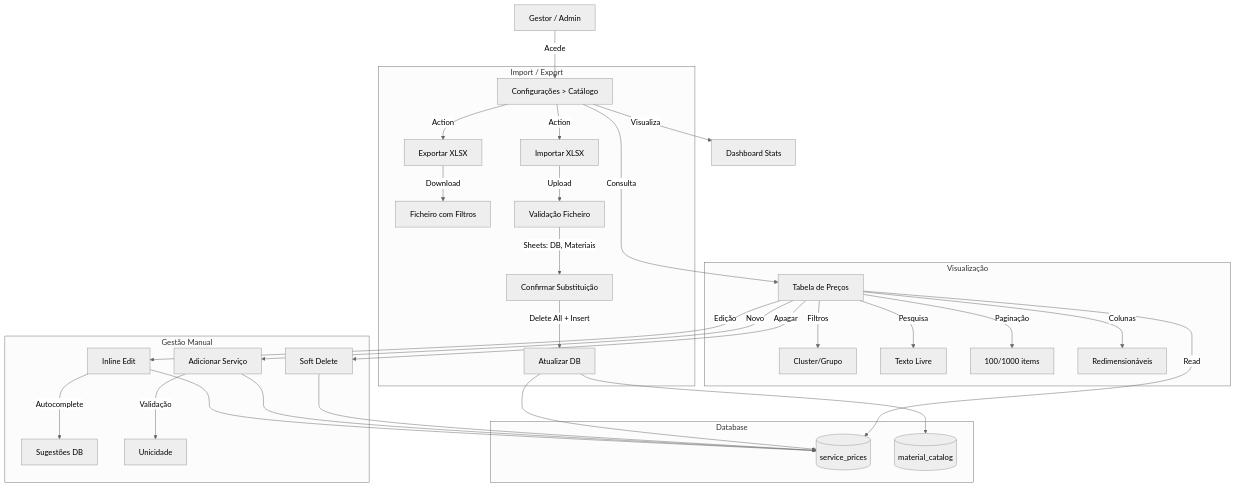
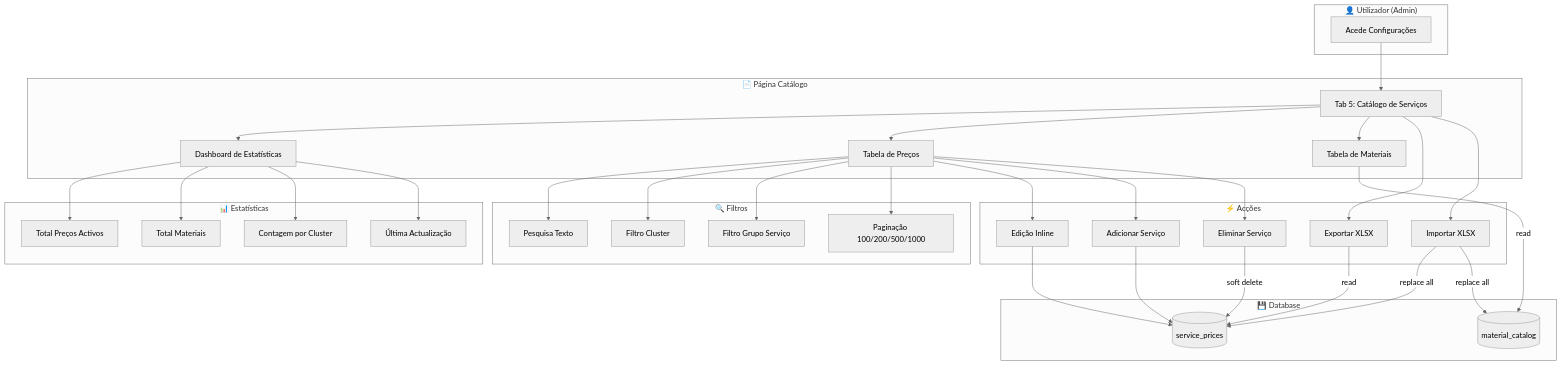
The second of 6 diagrams in docs/documentation/diagrams/flows/catalogo-servicos.md (hackkalot/crm-prestadores), drawn with Mermaid (neutral theme) before and after one commit. The commit also changed other lines of this file and 12 other files, not shown here.

````diff
--- a/docs/documentation/diagrams/flows/catalogo-servicos.md
+++ b/docs/documentation/diagrams/flows/catalogo-servicos.md
@@ -7,43 +83,48 @@
 ```mermaid
-graph TD
-    A[Gestor / Admin] -->|Acede| C[Configurações > Catálogo]
-    
-    C -->|Visualiza| D[Dashboard Stats]
-    C -->|Consulta| E[Tabela de Preços]
-    
-    subgraph "Visualização"
-        E -->|Filtros| E1[Cluster/Grupo]
-        E -->|Pesquisa| E2[Texto Livre]
-        E -->|Paginação| E3[100/1000 items]
-        E -->|Colunas| E4[Redimensionáveis]
+flowchart TD
+    subgraph user["👤 Utilizador (Admin)"]
+        U[Acede Configurações]
     end
-    
-    subgraph "Gestão Manual"
-        E -->|Edição| F[Inline Edit]
-        F -->|Autocomplete| F1[Sugestões DB]
-        E -->|Novo| G[Adicionar Serviço]
-        G -->|Validação| G1[Unicidade]
-        E -->|Apagar| H[Soft Delete]
+
+    subgraph page["📄 Página Catálogo"]
+        U --> TAB[Tab 5: Catálogo de Serviços]
+        TAB --> STATS[Dashboard de Estatísticas]
+        TAB --> PRICES[Tabela de Preços]
+        TAB --> MATERIALS[Tabela de Materiais]
     end
-    
-    subgraph "Import / Export"
-        C -->|Action| I[Exportar XLSX]
-        I -->|Download| J[Ficheiro com Filtros]
-        
-        C -->|Action| K[Importar XLSX]
-        K -->|Upload| L[Validação Ficheiro]
-        L -->|Sheets: DB, Materiais| M[Confirmar Substituição]
-        M -->|Delete All + Insert| N[Atualizar DB]
+
+    subgraph stats["📊 Estatísticas"]
+        STATS --> S1[Total Preços Activos]
+        STATS --> S2[Total Materiais]
+        STATS --> S3[Contagem por Cluster]
+        STATS --> S4[Última Actualização]
     end
-    
-    subgraph "Database"
+
+    subgraph filters["🔍 Filtros"]
+        PRICES --> F1[Pesquisa Texto]
+        PRICES --> F2[Filtro Cluster]
+        PRICES --> F3[Filtro Grupo Serviço]
+        PRICES --> F4[Paginação 100/200/500/1000]
+    end
+
+    subgraph actions["⚡ Acções"]
+        PRICES --> A1[Edição Inline]
+        PRICES --> A2[Adicionar Serviço]
+        PRICES --> A3[Eliminar Serviço]
+        TAB --> A4[Exportar XLSX]
+        TAB --> A5[Importar XLSX]
+    end
+
+    subgraph db["💾 Database"]
         DB1[(service_prices)]
         DB2[(material_catalog)]
     end
-    
-    F --> DB1
-    G --> DB1
-    H --> DB1
-    N --> DB1 & DB2
-    E -->|Read| DB1
+
+    A1 --> DB1
+    A2 --> DB1
+    A3 -->|soft delete| DB1
+    A4 -->|read| DB1
+    A5 -->|replace all| DB1
+    A5 -->|replace all| DB2
+    MATERIALS -->|read| DB2
 ```
````
